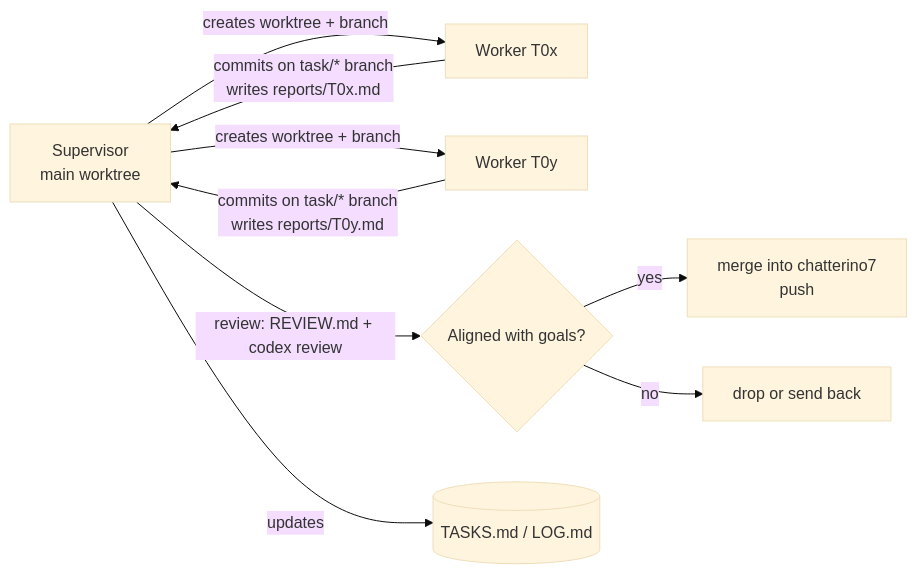
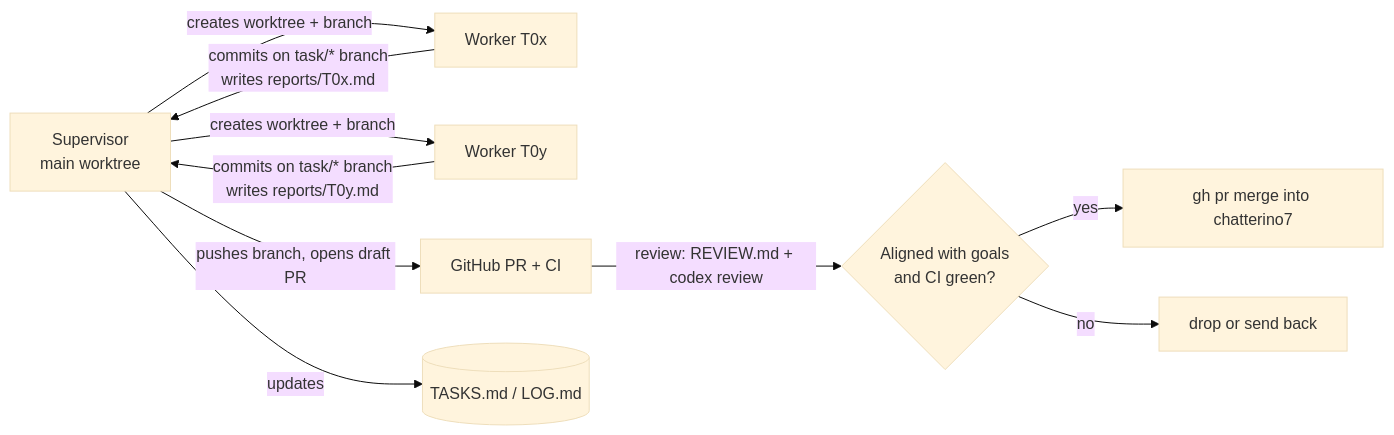
Before and after one commit to pjeweb/chatterino7-yt: the diagram in .agents/README.md, drawn with Mermaid (base theme). The commit also changed other lines of this file, not shown here.

Commit message:
chore(agents): run every task through a GitHub PR

````diff
--- a/.agents/README.md
+++ b/.agents/README.md
@@ -7,11 +7,12 @@
 ```mermaid
 flowchart LR
     S[Supervisor<br/>main worktree] -- creates worktree + branch --> W1[Worker T0x]
     S -- creates worktree + branch --> W2[Worker T0y]
     W1 -- commits on task/* branch<br/>writes reports/T0x.md --> S
+    S -- pushes branch, opens draft PR --> P[GitHub PR + CI]
     W2 -- commits on task/* branch<br/>writes reports/T0y.md --> S
-    S -- review: REVIEW.md + codex review --> D{Aligned with goals?}
-    D -- yes --> M[merge into chatterino7<br/>push]
+    P -- review: REVIEW.md + codex review --> D{Aligned with goals<br/>and CI green?}
+    D -- yes --> M[gh pr merge into chatterino7]
     D -- no --> X[drop or send back]
     S -- updates --> B[(TASKS.md / LOG.md)]
 ```
````
